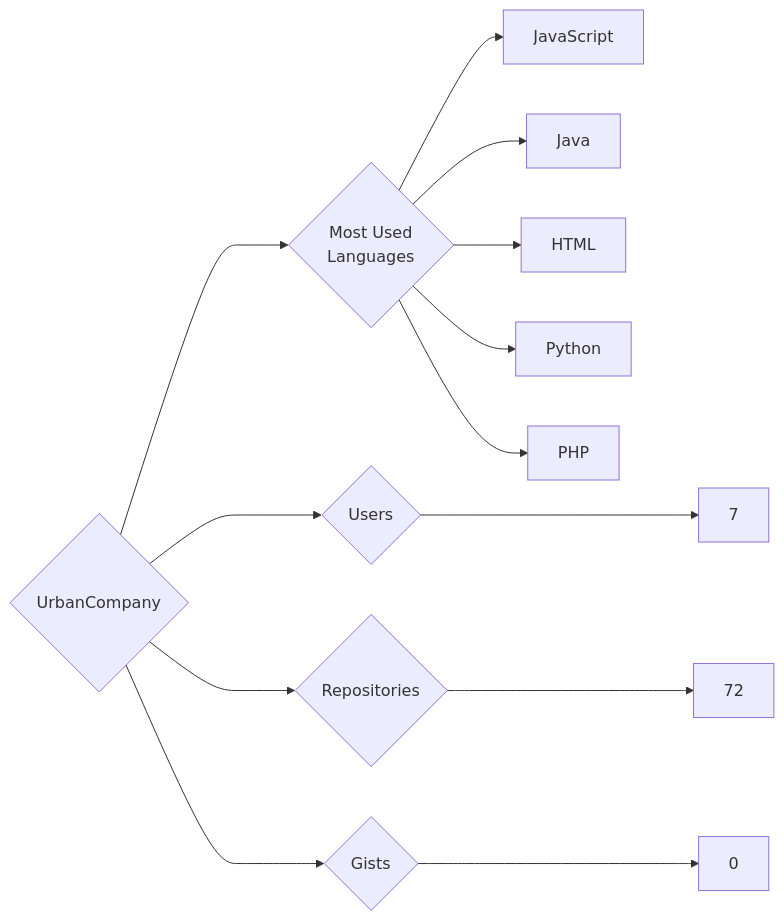
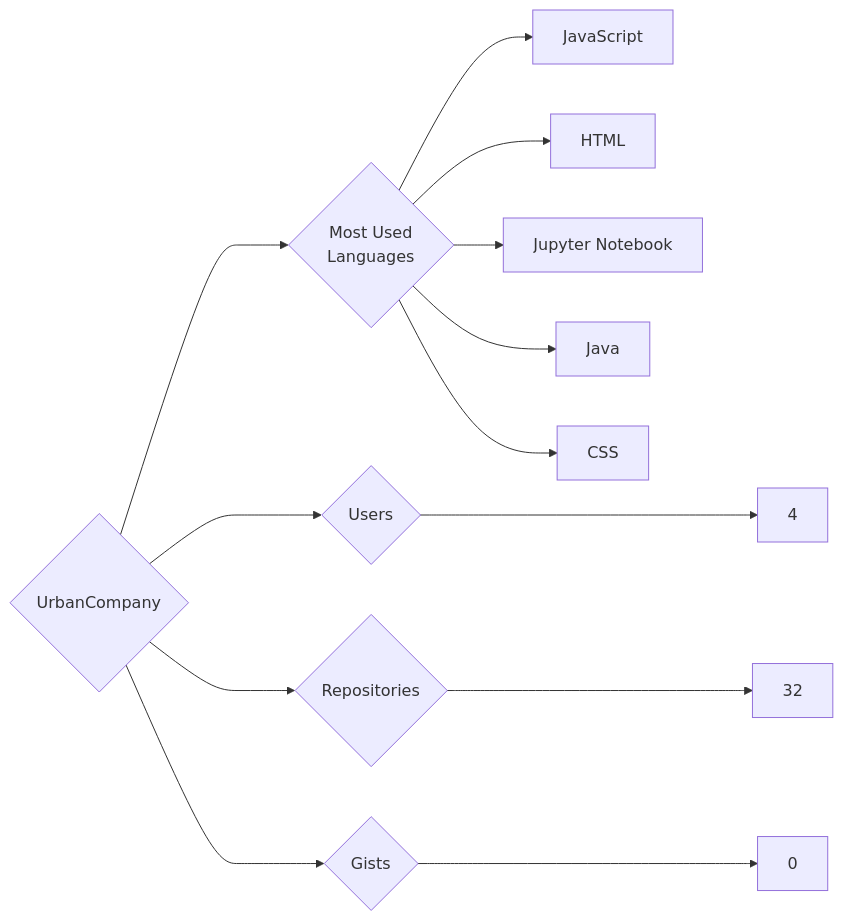
One commit to trickest/insiders changed the diagram in targets/UrbanCompany/README.md. Above: the diagram before and after it, drawn with Mermaid. The commit also changed 955 other files, not shown here.

````diff
--- a/targets/UrbanCompany/README.md
+++ b/targets/UrbanCompany/README.md
@@ -3,13 +3,13 @@
 ```mermaid
 graph LR
 COMPANY_NAME{UrbanCompany}
-COMPANY_NAME ---> U{Users} ---> UN[7]
-COMPANY_NAME ---> R{Repositories} ---> RN[72]
+COMPANY_NAME ---> U{Users} ---> UN[4]
+COMPANY_NAME ---> R{Repositories} ---> RN[32]
 COMPANY_NAME ---> G{Gists} ---> GN[0]
 COMPANY_NAME ---> ML{Most Used<br>Languages}
 ML --> JavaScript[JavaScript]
+ML --> HTML[HTML]
+ML --> Jupyter_Notebook[Jupyter Notebook]
 ML --> Java[Java]
-ML --> HTML[HTML]
-ML --> Python[Python]
-ML --> PHP[PHP]
+ML --> CSS[CSS]
 ```
````
